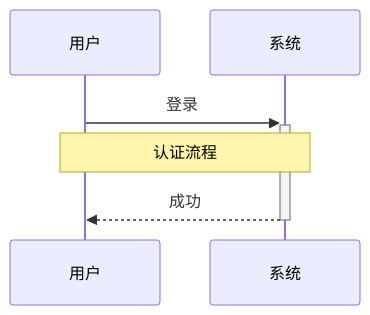
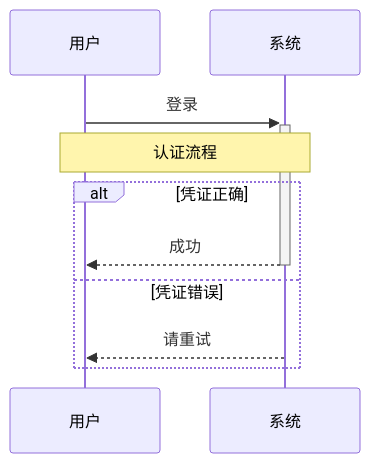
Diagram 25 of 26 in code/test/fixtures/showcase.md (SugarFatFree/marktext-plus), drawn with Mermaid before and after one commit. The commit also changed 5 other files, not shown here.

````diff
--- a/code/test/fixtures/showcase.md
+++ b/code/test/fixtures/showcase.md
@@ -367,6 +367,10 @@
 ```mermaid
 sequenceDiagram
   用户->>+系统: 登录
   Note over 用户,系统: 认证流程
-  系统-->>-用户: 成功
+  alt 凭证正确
+    系统-->>-用户: 成功
+  else 凭证错误
+    系统-->>用户: 请重试
+  end
 ```
````
